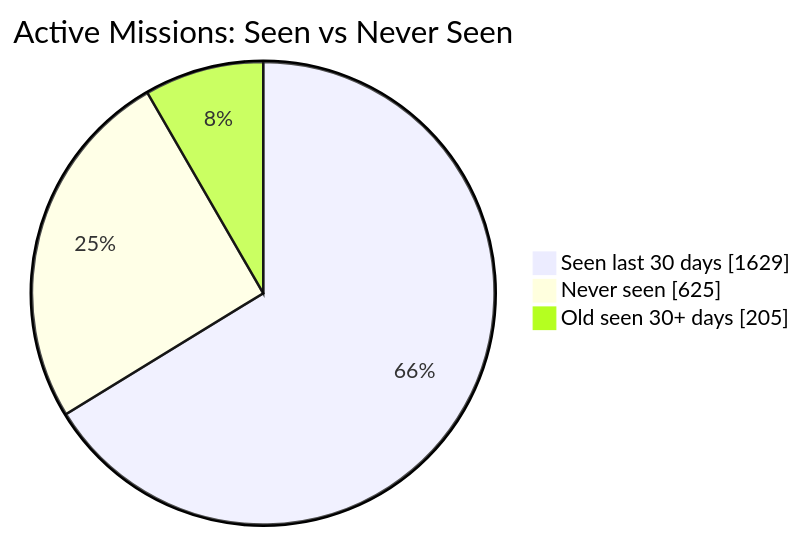
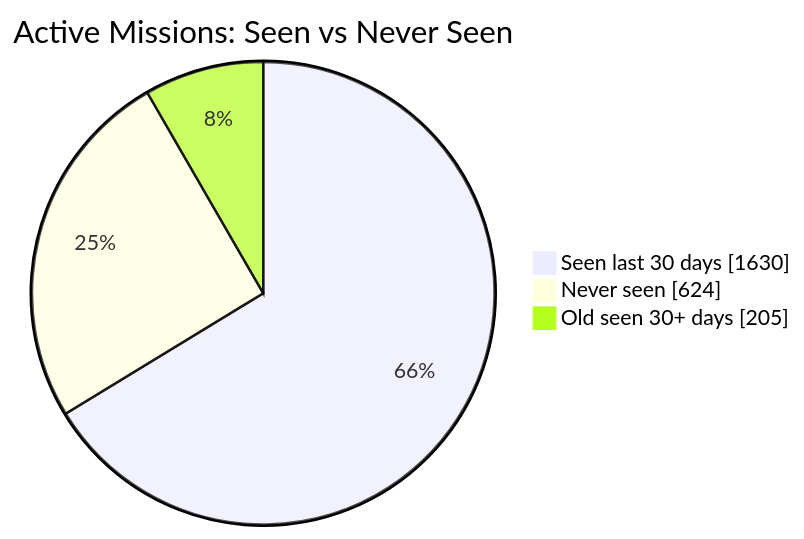
One commit to MeldkamerspelGameTeam/active-missions changed the first of 2 diagrams in README.md. Above: the diagram before and after it, drawn with Mermaid. The commit also changed other lines of this file and 2 other files, not shown here.

````diff
--- a/README.md
+++ b/README.md
@@ -34,7 +34,7 @@
 ```mermaid
 pie showData
     title Active Missions: Seen vs Never Seen
-    "Seen last 30 days" : 1629
-    "Never seen" : 625
+    "Seen last 30 days" : 1630
+    "Never seen" : 624
     "Old seen 30+ days" : 205
 ```
````
